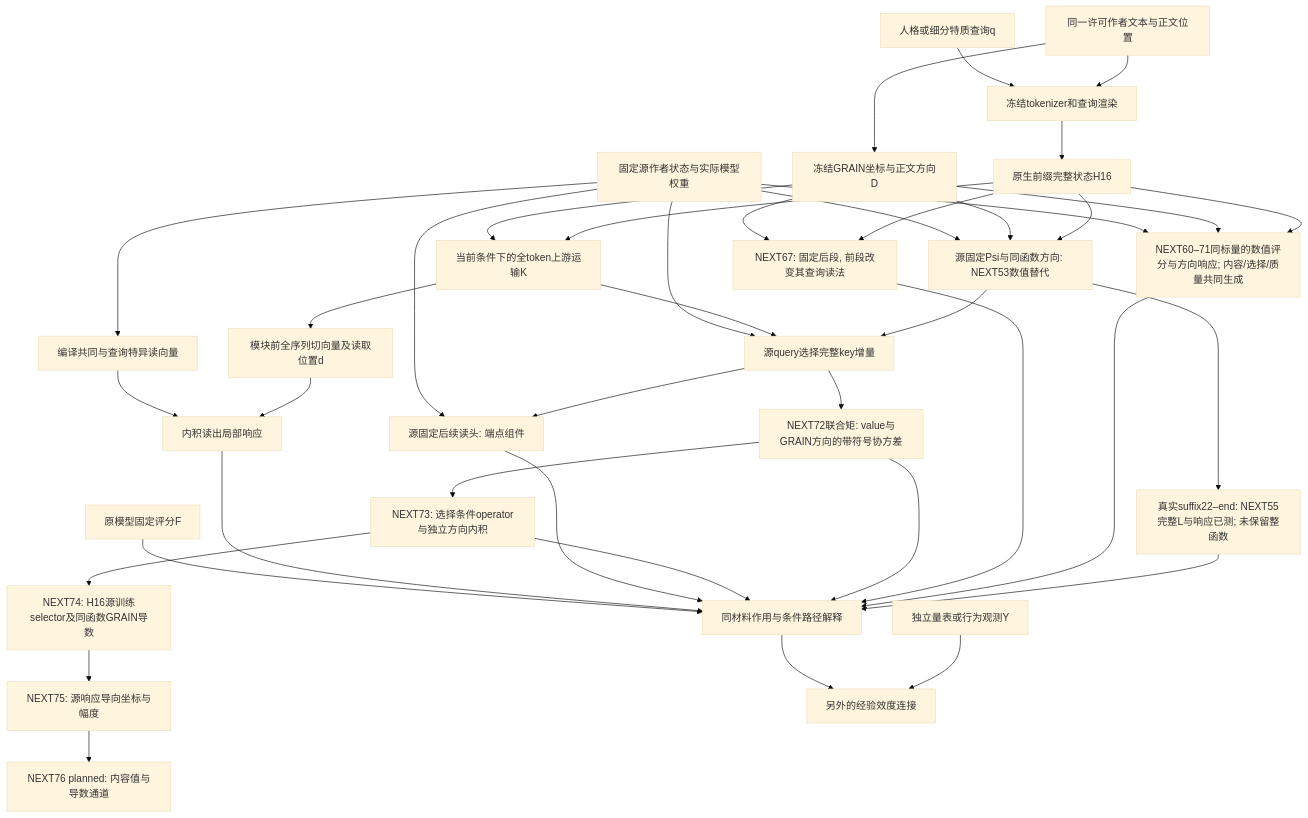
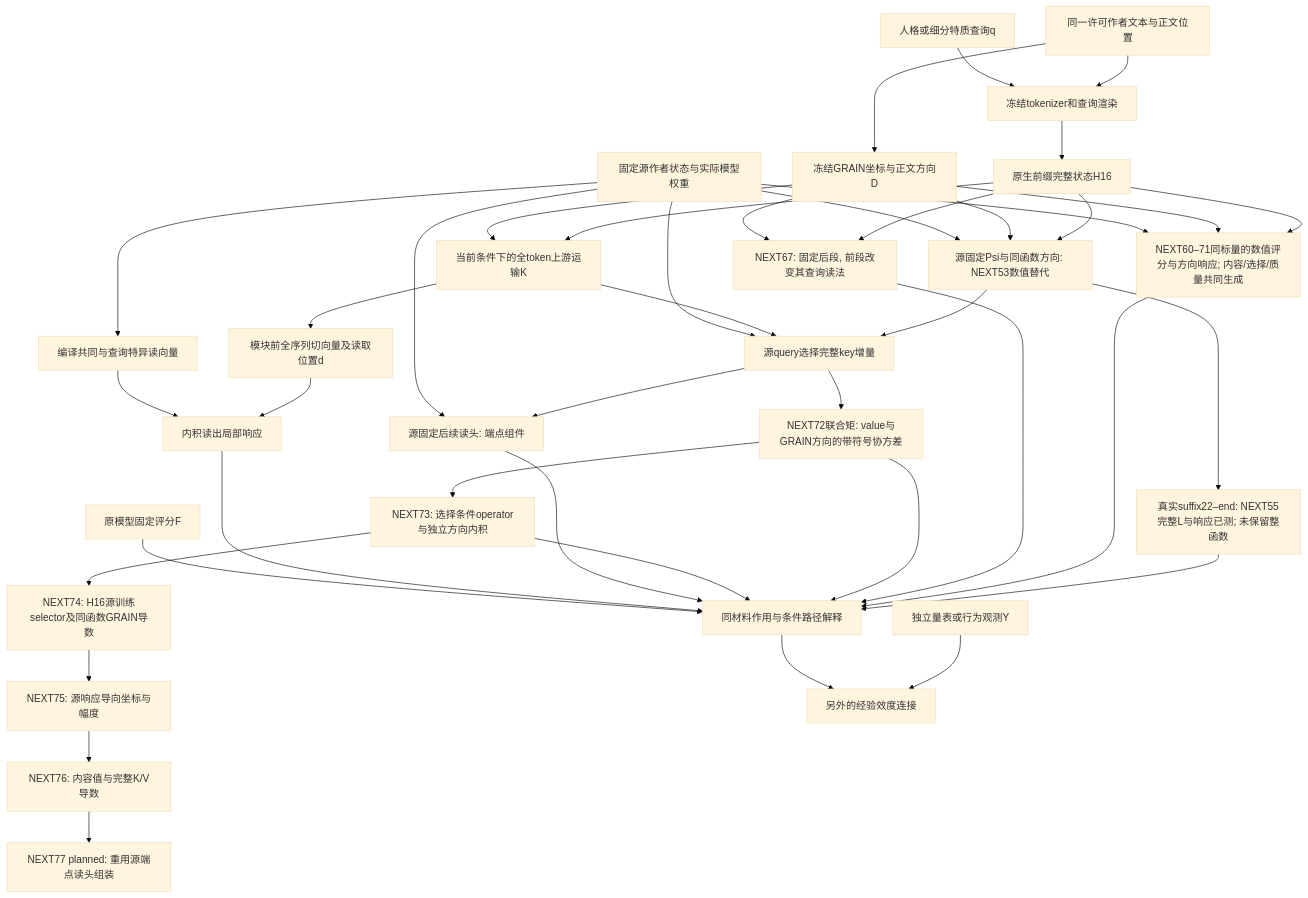
One commit to reiserhhh/GRAIN changed the diagram in docs/GRAIN_UPSTREAM_MECHANISM_INTEGRATION_V1.md. Above: the diagram before and after it, drawn with Mermaid (base theme). The commit also changed other lines of this file and 18 other files, not shown here.

````diff
--- a/docs/GRAIN_UPSTREAM_MECHANISM_INTEGRATION_V1.md
+++ b/docs/GRAIN_UPSTREAM_MECHANISM_INTEGRATION_V1.md
@@ -8,42 +8,43 @@
 ```mermaid
 flowchart TD
   T[同一许可作者文本与正文位置] --> G[冻结GRAIN坐标与正文方向D]
   T --> R[冻结tokenizer和查询渲染]
   Q[人格或细分特质查询q] --> R
   R --> H[原生前缀完整状态H16]
   H --> K[当前条件下的全token上游运输K]
   H --> P[源固定Psi与同函数方向: NEXT53数值替代]
   G --> P
   S --> P
   P --> U
   P --> W[真实suffix22–end: NEXT55完整L与响应已测; 未保留整函数]
   W --> J
   H --> Z[NEXT60–71同标量的数值评分与方向响应; 内容/选择/质量共同生成]
   G --> Z
   S --> Z
   Z --> J
   H --> I[NEXT67: 固定后段, 前段改变其查询读法]
   G --> I
   I --> J
   G --> K
   K --> D[模块前全序列切向量及读取位置d]
   S[固定源作者状态与实际模型权重] --> V[编译共同与查询特异读向量]
   D --> A[内积读出局部响应]
   V --> A
   K --> U[源query选择完整key增量]
   S --> U
   U --> M[NEXT72联合矩: value与GRAIN方向的带符号协方差]
   M --> J
   M --> O[NEXT73: 选择条件operator与独立方向内积]
   O --> P74[NEXT74: H16源训练selector及同函数GRAIN导数]
   P74 --> P75[NEXT75: 源响应导向坐标与幅度]
-  P75 --> P76[NEXT76 planned: 内容值与导数通道]
+  P75 --> P76[NEXT76: 内容值与完整K/V导数]
+  P76 --> P77[NEXT77 planned: 重用源端点读头组装]
   O --> J
   U --> C[源固定后续读头: 端点组件]
   S --> C
   C --> J
   A --> J[同材料作用与条件路径解释]
   F[原模型固定评分F] --> J
   Y[独立量表或行为观测Y] --> E[另外的经验效度连接]
   J --> E
 ```
````
